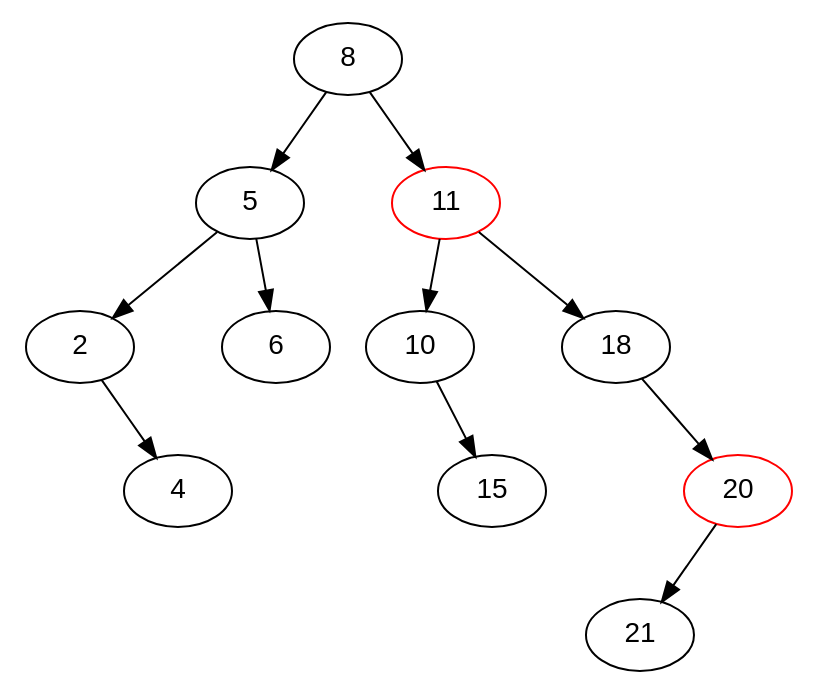
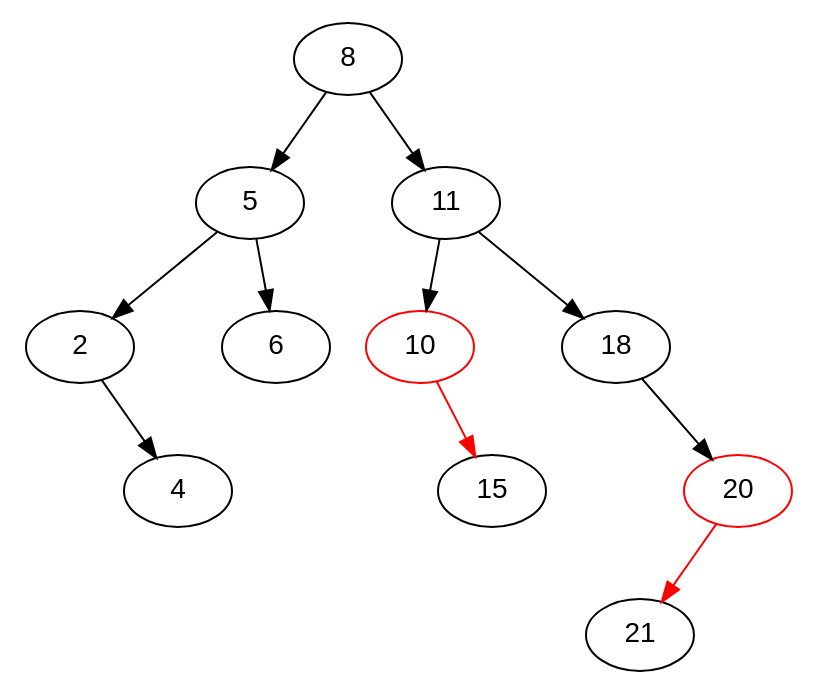
One commit to aaronbloomfield/pdr changed the diagram in slides/graphs/bst-6.dot. Above: the diagram before and after it, drawn with Graphviz. The commit also changed 29 other files, not shown here.

```diff
--- a/slides/graphs/bst-6.dot
+++ b/slides/graphs/bst-6.dot
@@ -1,53 +1,53 @@
 digraph G {
 	graph [fontname = "Helvetica"];
 	node [fontname = "Helvetica"];
 	edge [fontname = "Helvetica"];
 
 	8 -> 5;
 	m8 [label="", width=0.1, style=invis];
 	8 -> m8 [style=invis];
 	8 -> 11;
 	{rank=same 5 -> m8 -> 11 [style=invis]};
 
 	5 -> 2;
 	m5 [label="", width=0.1, style=invis];
 	5 -> m5 [style=invis];
 	5 -> 6;
 	{rank=same 2 -> m5 -> 6 [style=invis]};
 
 	l2 [label="", width=0.1, style=invis];
 	2 -> l2 [style=invis];
 	m2 [label="", width=0.1, style=invis];
 	2 -> m2 [style=invis];
 	2 -> 4;
 	{rank=same l2 -> m2 -> 4 [style=invis]};
 
-	11 [color=red];
+	10 [color=red];
 	11 -> 10;
 	m11 [label="", width=0.1, style=invis];
 	11 -> m11 [style=invis];
 	11 -> 18;
 	{rank=same 10 -> m11 -> 18 [style=invis]};
 
 	l10 [label="", width=0.1, style=invis];
 	10 -> l10 [style=invis];
 	m10 [label="", width=0.1, style=invis];
 	10 -> m10 [style=invis];
-	10 -> 15;
+	10 -> 15 [color=red];
 	{rank=same l10 -> m10 -> 15 [style=invis]};
 
 	l18 [label="", width=0.1, style=invis];
 	18 -> l18 [style=invis];
 	m18 [label="", width=0.1, style=invis];
 	18 -> m18 [style=invis];
 	18 -> 20;
 	{rank=same l18 -> m18 -> 20 [style=invis]};
 
 	20 [color=red];
-	20 -> 21;
+	20 -> 21 [color=red];
 	m20 [label="", width=0.1, style=invis];
 	20 -> m20 [style=invis];
 	r20 [label="", width=0.1, style=invis];
 	20 -> r20 [style=invis];
 	{rank=same 21 -> m20 -> r20 [style=invis]};
 }
```
